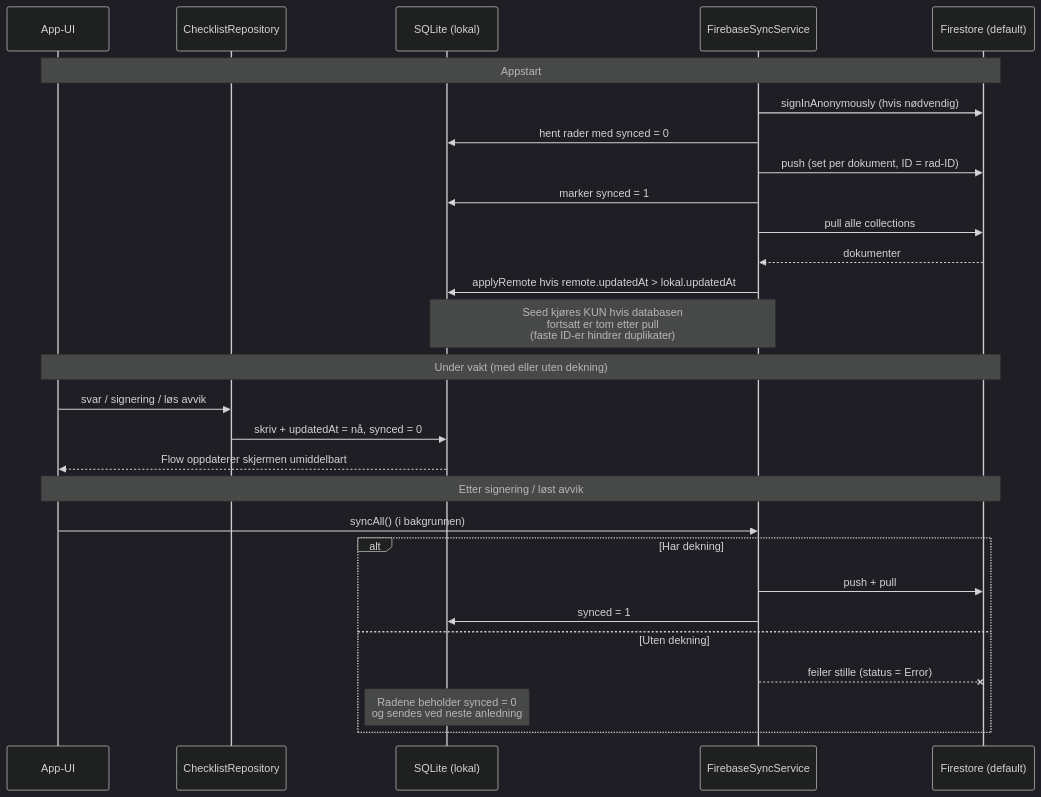
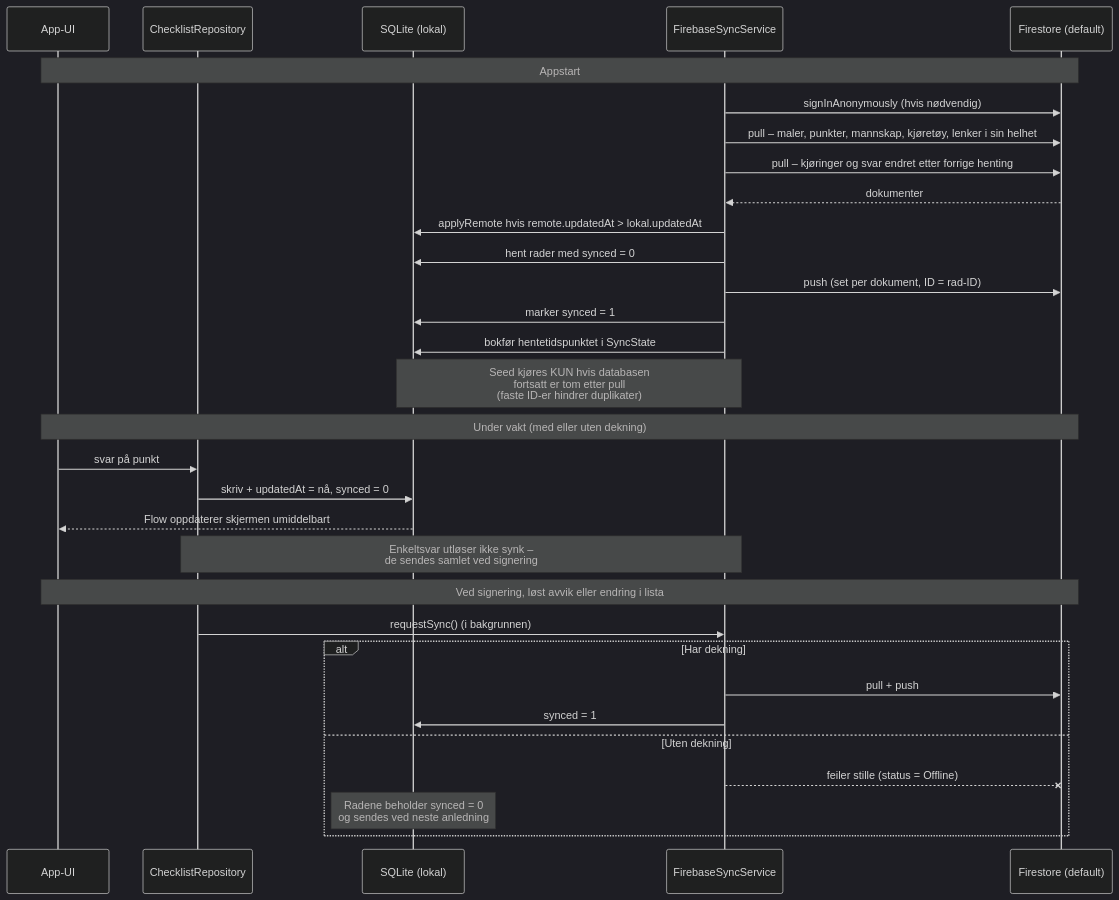
Before and after one commit to Vegardmykle/RedCross-Ambulance: the diagram in diagrams/sync-flow.md, drawn with Mermaid (dark theme). The commit also changed other lines of this file and 5 other files, not shown here.

````diff
--- a/diagrams/sync-flow.md
+++ b/diagrams/sync-flow.md
@@ -11,33 +11,36 @@
 ```mermaid
 sequenceDiagram
     participant UI as App-UI
     participant Repo as ChecklistRepository
     participant DB as SQLite (lokal)
     participant Sync as FirebaseSyncService
     participant FS as Firestore (default)
 
     Note over UI,FS: Appstart
     Sync->>FS: signInAnonymously (hvis nødvendig)
+    Sync->>FS: pull – maler, punkter, mannskap, kjøretøy, lenker i sin helhet
+    Sync->>FS: pull – kjøringer og svar endret etter forrige henting
+    FS-->>Sync: dokumenter
+    Sync->>DB: applyRemote hvis remote.updatedAt > lokal.updatedAt
     Sync->>DB: hent rader med synced = 0
     Sync->>FS: push (set per dokument, ID = rad-ID)
     Sync->>DB: marker synced = 1
-    Sync->>FS: pull alle collections
-    FS-->>Sync: dokumenter
-    Sync->>DB: applyRemote hvis remote.updatedAt > lokal.updatedAt
+    Sync->>DB: bokfør hentetidspunktet i SyncState
     Note over Sync,DB: Seed kjøres KUN hvis databasen<br/>fortsatt er tom etter pull<br/>(faste ID-er hindrer duplikater)
 
     Note over UI,FS: Under vakt (med eller uten dekning)
-    UI->>Repo: svar / signering / løs avvik
+    UI->>Repo: svar på punkt
     Repo->>DB: skriv + updatedAt = nå, synced = 0
     DB-->>UI: Flow oppdaterer skjermen umiddelbart
+    Note over Repo,Sync: Enkeltsvar utløser ikke synk –<br/>de sendes samlet ved signering
 
-    Note over UI,FS: Etter signering / løst avvik
-    UI->>Sync: syncAll() (i bakgrunnen)
+    Note over UI,FS: Ved signering, løst avvik eller endring i lista
+    Repo->>Sync: requestSync() (i bakgrunnen)
     alt Har dekning
-        Sync->>FS: push + pull
+        Sync->>FS: pull + push
         Sync->>DB: synced = 1
     else Uten dekning
-        Sync--xFS: feiler stille (status = Error)
+        Sync--xFS: feiler stille (status = Offline)
         Note over DB: Radene beholder synced = 0<br/>og sendes ved neste anledning
     end
 ```
````
